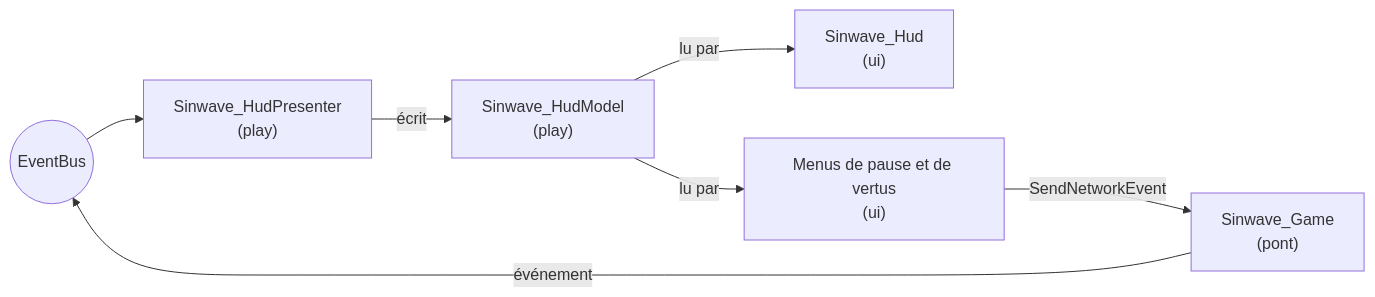
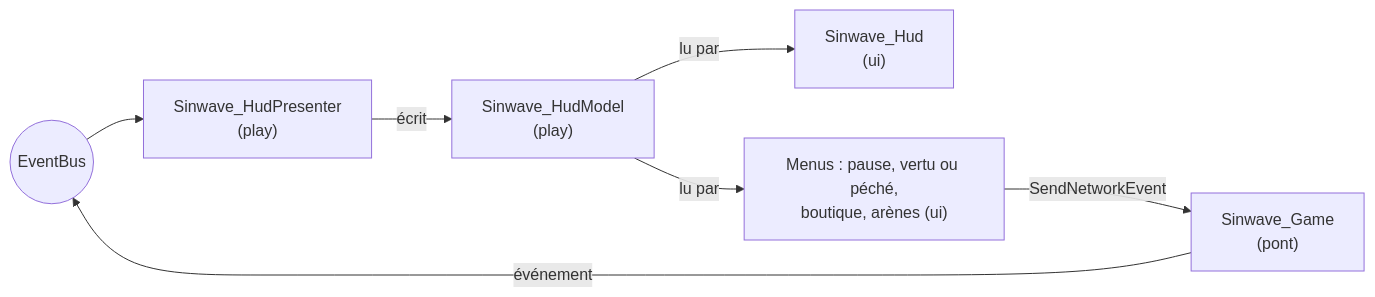
The fourth of 4 diagrams in docs/ARCHITECTURE.md (yann985/DOOMSinwave), drawn with Mermaid before and after one commit. The commit also changed other lines of this file and 8 other files, not shown here.

````diff
--- a/docs/ARCHITECTURE.md
+++ b/docs/ARCHITECTURE.md
@@ -236,9 +312,9 @@
 ```mermaid
 flowchart LR
     bus((EventBus)) --> presenter["Sinwave_HudPresenter<br/>(play)"]
     presenter -- écrit --> model["Sinwave_HudModel<br/>(play)"]
     model -- lu par --> hud["Sinwave_Hud<br/>(ui)"]
-    model -- lu par --> menus["Menus de pause et de vertus<br/>(ui)"]
+    model -- lu par --> menus["Menus : pause, vertu ou péché,<br/>boutique, arènes (ui)"]
     menus -- SendNetworkEvent --> game["Sinwave_Game<br/>(pont)"]
     game -- événement --> bus
 ```
````
